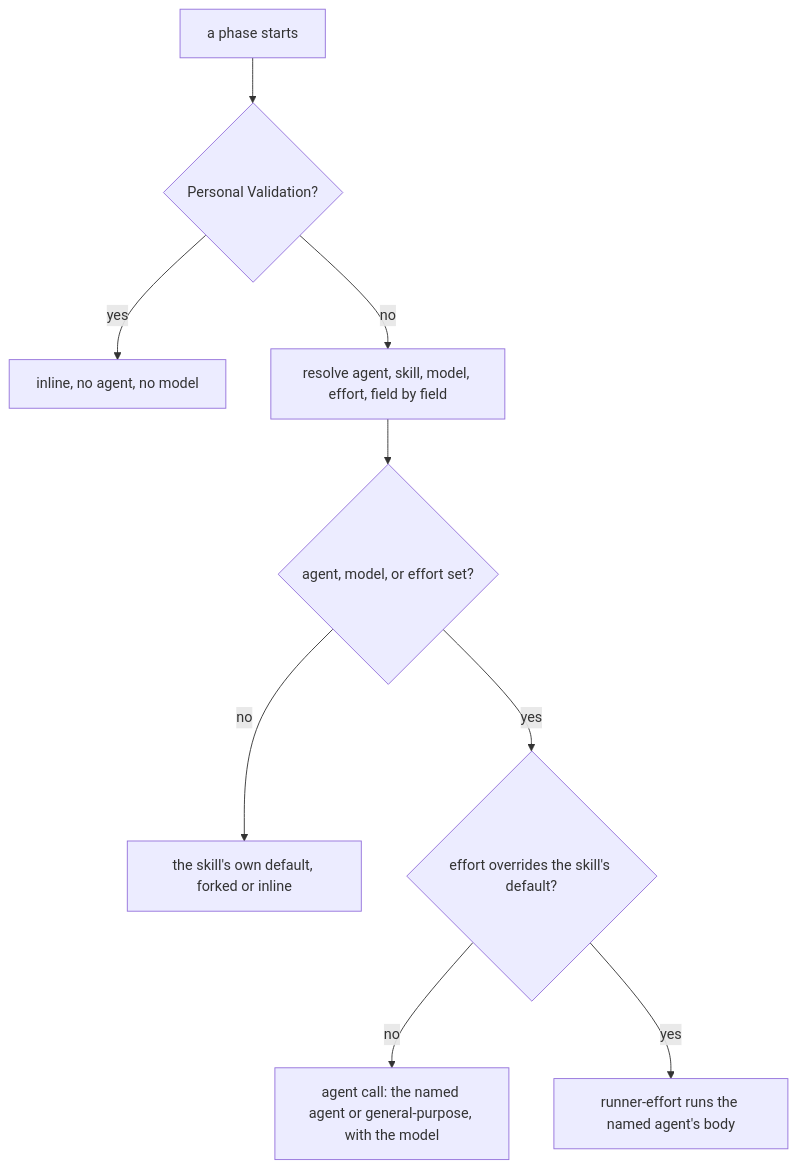
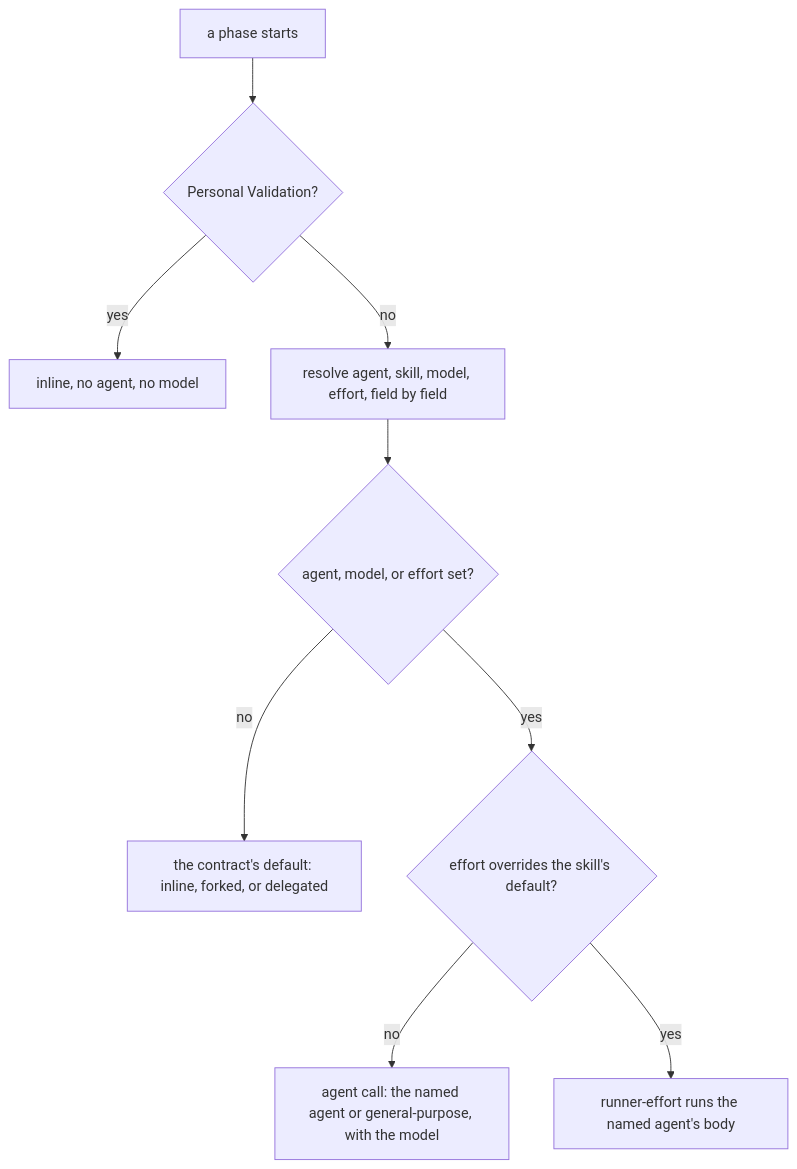
Before and after one commit to JSdotNet/ai-agent-stack: the third of 8 diagrams in .devbook/arc42/building-blocks/delivery.md, drawn with Mermaid. The commit also changed other lines of this file, not shown here.

````diff
--- a/.devbook/arc42/building-blocks/delivery.md
+++ b/.devbook/arc42/building-blocks/delivery.md
@@ -734,11 +734,11 @@
 ```mermaid
 flowchart TD
     start["a phase starts"] --> pv{"Personal Validation?"}
     pv -->|yes| inline["inline, no agent, no model"]
     pv -->|no| resolve["resolve agent, skill, model, effort, field by field"]
     resolve --> set{"agent, model, or effort set?"}
-    set -->|no| own["the skill's own default, forked or inline"]
+    set -->|no| own["the contract's default: inline, forked, or delegated"]
     set -->|yes| effort{"effort overrides the skill's default?"}
     effort -->|no| call["agent call: the named agent or general-purpose, with the model"]
     effort -->|yes| runner["runner-effort runs the named agent's body"]
 ```
````
